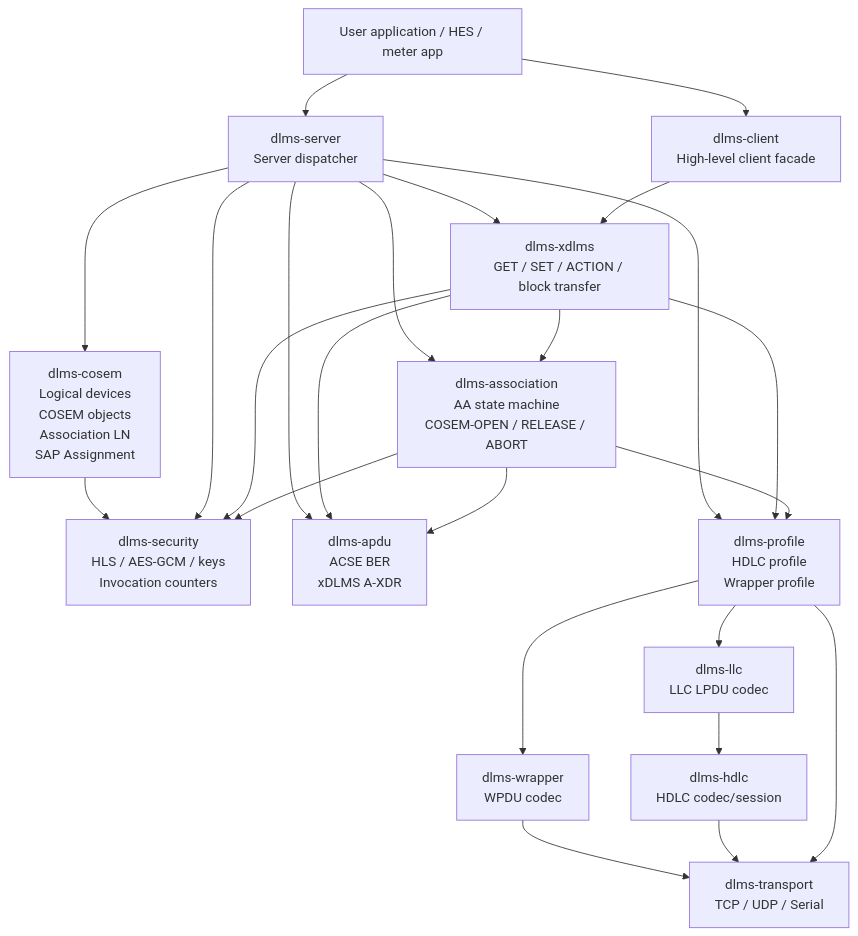
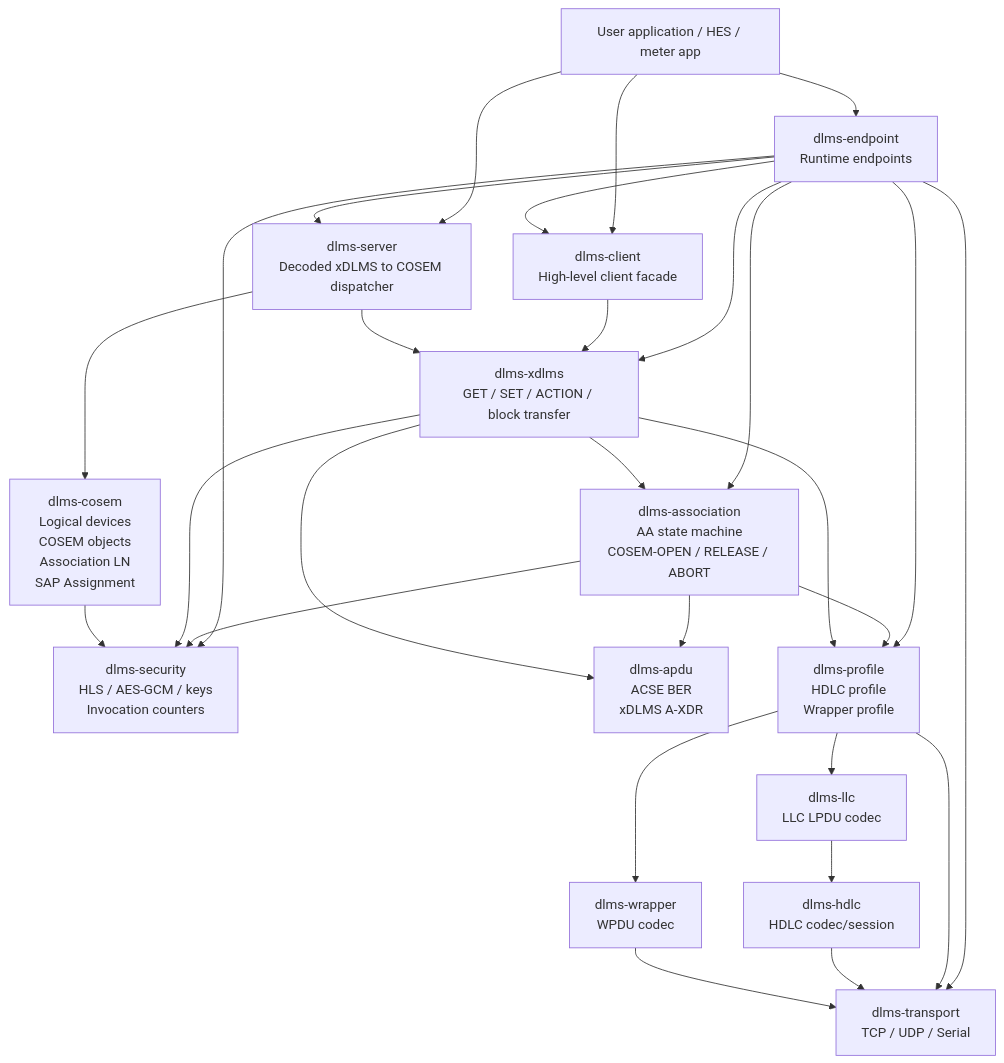
The first of 12 diagrams in docs/system_architecture.md (gvtret/dlms), drawn with Mermaid before and after one commit. The commit also changed other lines of this file, not shown here.

First line of the commit message:
docs: add endpoint composition layer boundary

````diff
--- a/docs/system_architecture.md
+++ b/docs/system_architecture.md
@@ -84,50 +86,56 @@
 ```mermaid
 flowchart TB
   App["User application / HES / meter app"]
 
   Client["dlms-client<br/>High-level client facade"]
-  Server["dlms-server<br/>Server dispatcher"]
+  Server["dlms-server<br/>Decoded xDLMS to COSEM dispatcher"]
+  Endpoint["dlms-endpoint<br/>Runtime endpoints"]
 
   XDlms["dlms-xdlms<br/>GET / SET / ACTION / block transfer"]
   Assoc["dlms-association<br/>AA state machine<br/>COSEM-OPEN / RELEASE / ABORT"]
   Cosem["dlms-cosem<br/>Logical devices<br/>COSEM objects<br/>Association LN<br/>SAP Assignment"]
   Security["dlms-security<br/>HLS / AES-GCM / keys<br/>Invocation counters"]
 
   Apdu["dlms-apdu<br/>ACSE BER<br/>xDLMS A-XDR"]
   Profile["dlms-profile<br/>HDLC profile<br/>Wrapper profile"]
   Transport["dlms-transport<br/>TCP / UDP / Serial"]
 
   Wrapper["dlms-wrapper<br/>WPDU codec"]
   LLC["dlms-llc<br/>LLC LPDU codec"]
   HDLC["dlms-hdlc<br/>HDLC codec/session"]
 
   App --> Client
   App --> Server
+  App --> Endpoint
+
+  Endpoint --> Client
+  Endpoint --> Server
+  Endpoint --> XDlms
+  Endpoint --> Assoc
+  Endpoint --> Security
+  Endpoint --> Profile
+  Endpoint --> Transport
 
   Client --> XDlms
   XDlms --> Assoc
-  Server --> Assoc
   Server --> XDlms
   Server --> Cosem
 
   Assoc --> Security
   XDlms --> Security
-  Server --> Security
 
   Assoc --> Apdu
   XDlms --> Apdu
-  Server --> Apdu
 
   Assoc --> Profile
   XDlms --> Profile
-  Server --> Profile
 
   Profile --> Wrapper
   Profile --> LLC
   LLC --> HDLC
   Profile --> Transport
   HDLC --> Transport
   Wrapper --> Transport
 
   Cosem --> Security
 ```
````
